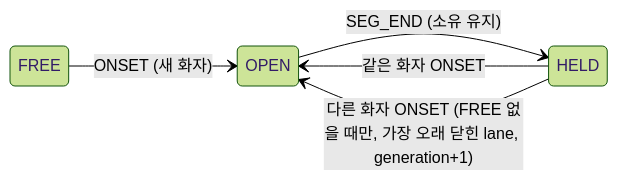
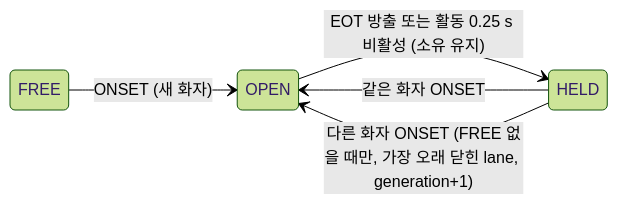
Before and after one commit to tskim9439/VAP: the second of 3 diagrams in wiki/outputs/output-phase2-lane-proposal-report.md, drawn with Mermaid (forest theme). The commit also changed other lines of this file and 4 other files, not shown here.

Commit message:
decision: EOT 즉시 방출 + soft label(SEG_END 제거); v2 계획 §11·보고서 갱신; 구간 끝 결과 분류 실측(AMI/ICSI/NOTSOFAR/71631)

````diff
--- a/wiki/outputs/output-phase2-lane-proposal-report.md
+++ b/wiki/outputs/output-phase2-lane-proposal-report.md
@@ -60,8 +60,8 @@
 ```mermaid
 stateDiagram-v2
   direction LR
   FREE --> OPEN: ONSET (새 화자)
-  OPEN --> HELD: SEG_END (소유 유지)
+  OPEN --> HELD: EOT 방출 또는 활동 0.25 s 비활성 (소유 유지)
   HELD --> OPEN: 같은 화자 ONSET
   HELD --> OPEN: 다른 화자 ONSET (FREE 없을 때만, 가장 오래 닫힌 lane, generation+1)
 ```
````
